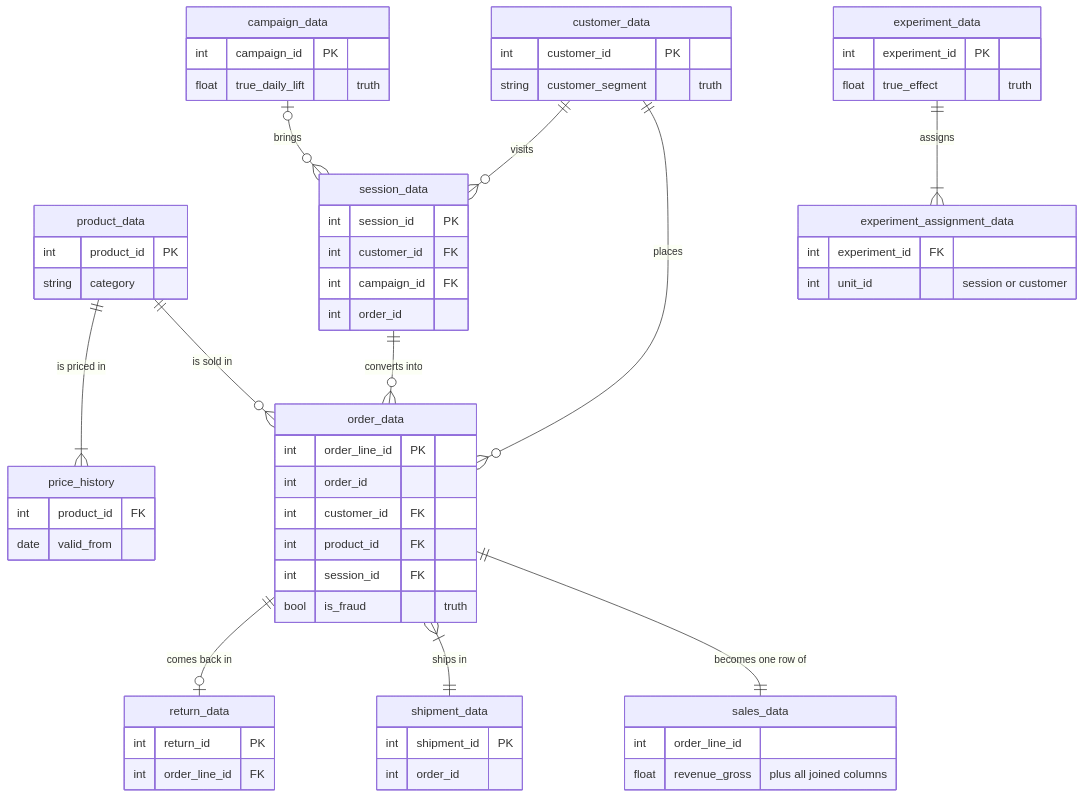
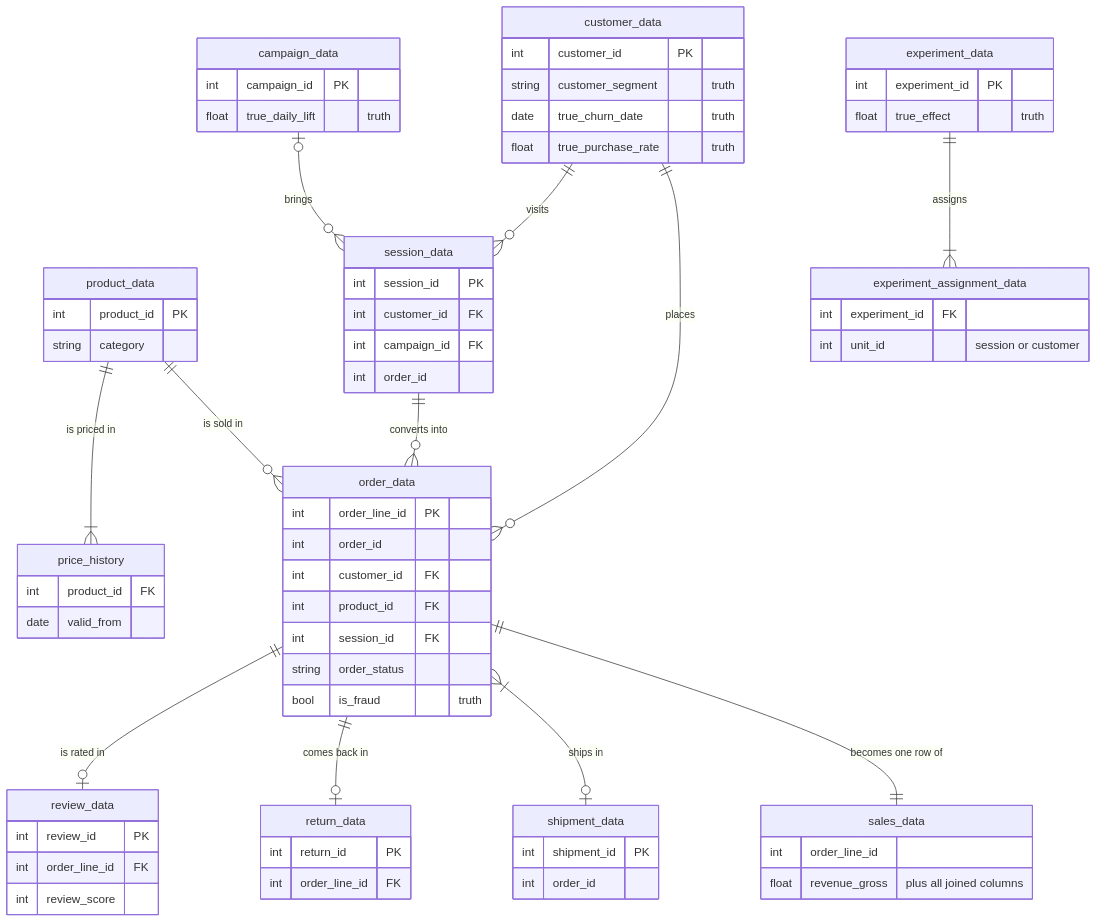
The diagram in docs/data-model.md (tlabedzki/Data-Generator), drawn with Mermaid before and after one commit. The commit also changed other lines of this file and 30 other files, not shown here.

Commit message:
Add order status, review_data and churn truth columns, and describe what the data already holds (1.4.0)

````diff
--- a/docs/data-model.md
+++ b/docs/data-model.md
@@ -6,63 +6,72 @@
 ```mermaid
 erDiagram
     customer_data ||--o{ order_data : places
     product_data ||--o{ order_data : "is sold in"
     product_data ||--|{ price_history : "is priced in"
     order_data ||--|| sales_data : "becomes one row of"
-    order_data }|--|| shipment_data : "ships in"
+    order_data }|--o| shipment_data : "ships in"
     order_data ||--o| return_data : "comes back in"
+    order_data ||--o| review_data : "is rated in"
     customer_data ||--o{ session_data : visits
     campaign_data |o--o{ session_data : brings
     session_data ||--o{ order_data : "converts into"
     experiment_data ||--|{ experiment_assignment_data : assigns
     customer_data {
         int customer_id PK
         string customer_segment "truth"
+        date true_churn_date "truth"
+        float true_purchase_rate "truth"
     }
     product_data {
         int product_id PK
         string category
     }
     order_data {
         int order_line_id PK
         int order_id
         int customer_id FK
         int product_id FK
         int session_id FK
+        string order_status
         bool is_fraud "truth"
     }
     sales_data {
         int order_line_id
         float revenue_gross "plus all joined columns"
     }
     price_history {
         int product_id FK
         date valid_from
     }
     shipment_data {
         int shipment_id PK
         int order_id
     }
     return_data {
         int return_id PK
         int order_line_id FK
+    }
+    review_data {
+        int review_id PK
+        int order_line_id FK
+        int review_score
     }
     campaign_data {
         int campaign_id PK
         float true_daily_lift "truth"
     }
     session_data {
         int session_id PK
         int customer_id FK
         int campaign_id FK
         int order_id
     }
     experiment_data {
         int experiment_id PK
         float true_effect "truth"
     }
     experiment_assignment_data {
         int experiment_id FK
         int unit_id "session or customer"
     }
 ```
````
